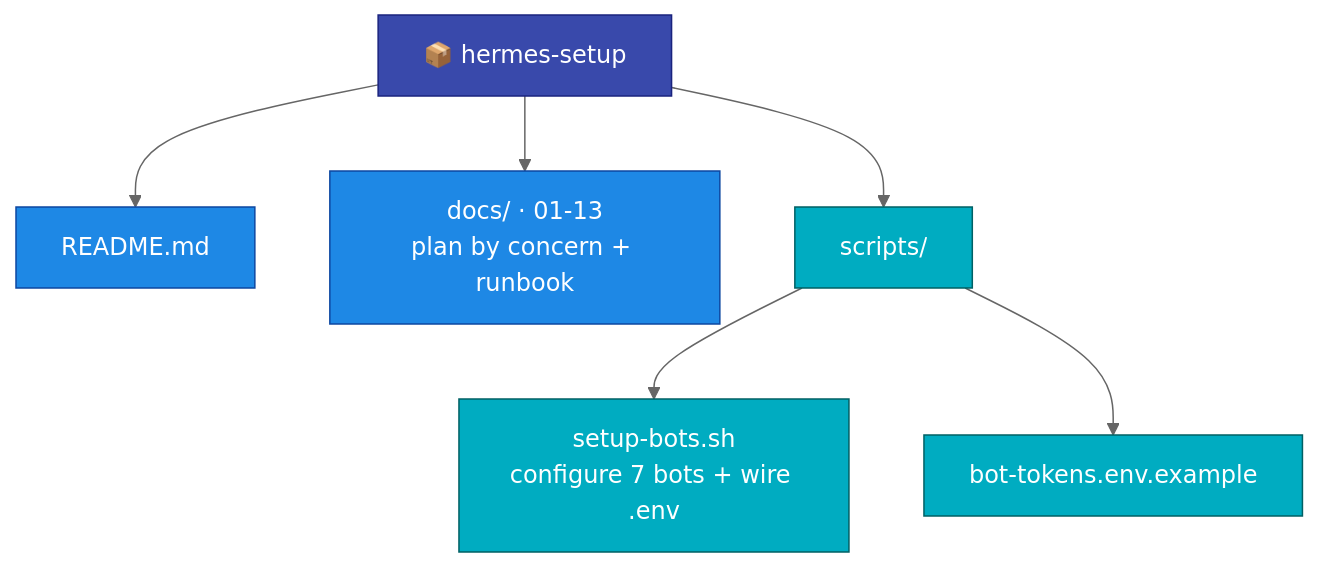
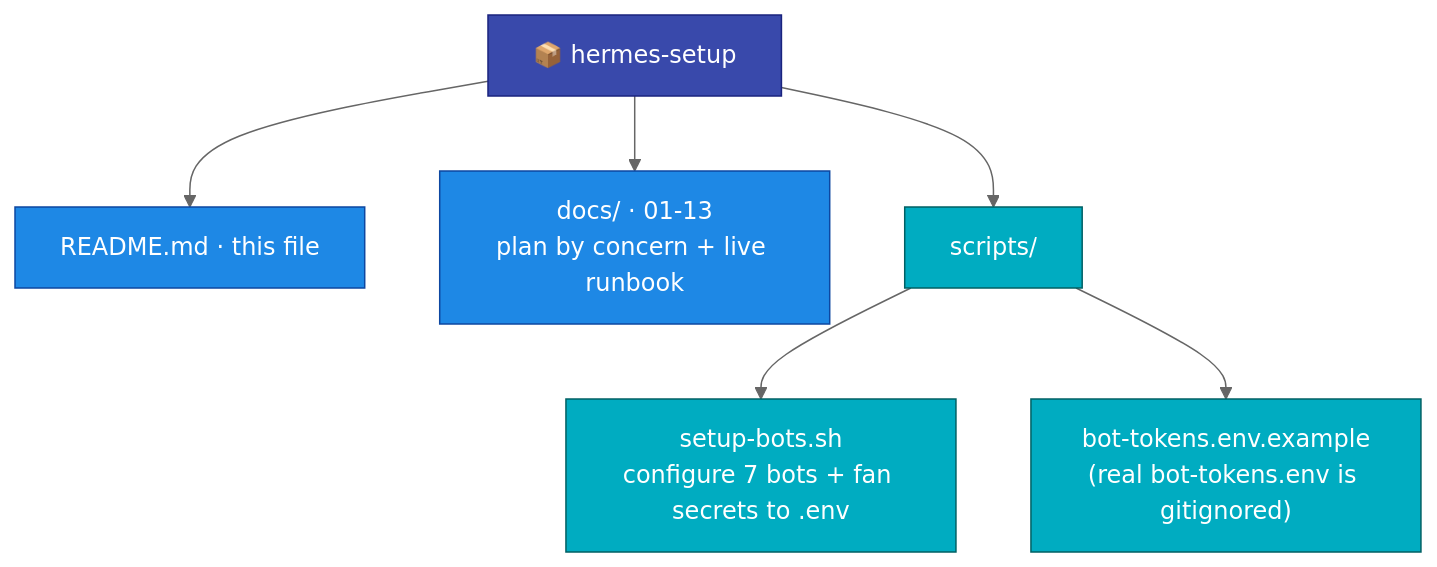
The fifth of 5 diagrams in README.md (mpolatcan/hermes-setup), drawn with Mermaid (neutral theme) before and after one commit. The commit also changed other lines of this file, not shown here.

First line of the commit message:
docs(readme): rewrite for live 7/7 fleet — general-use vs studio tiers + 5 diagrams

````diff
--- a/README.md
+++ b/README.md
@@ -103,12 +212,12 @@
 ```mermaid
 flowchart TB
     root["📦 hermes-setup"]:::root
-    root --> readme["README.md"]:::doc
-    root --> docs["docs/ · 01-13<br/>plan by concern + runbook"]:::doc
+    root --> readme["README.md · this file"]:::doc
+    root --> docs["docs/ · 01-13<br/>plan by concern + live runbook"]:::doc
     root --> scripts["scripts/"]:::svc
-    scripts --> sb["setup-bots.sh<br/>configure 7 bots + wire .env"]:::svc
-    scripts --> ex["bot-tokens.env.example"]:::svc
+    scripts --> sb["setup-bots.sh<br/>configure 7 bots + fan secrets to .env"]:::svc
+    scripts --> ex["bot-tokens.env.example<br/>(real bot-tokens.env is gitignored)"]:::svc
     classDef root fill:#3949AB,stroke:#1A237E,color:#fff
     classDef doc fill:#1E88E5,stroke:#0D47A1,color:#fff
     classDef svc fill:#00ACC1,stroke:#006064,color:#fff
 ```
````
